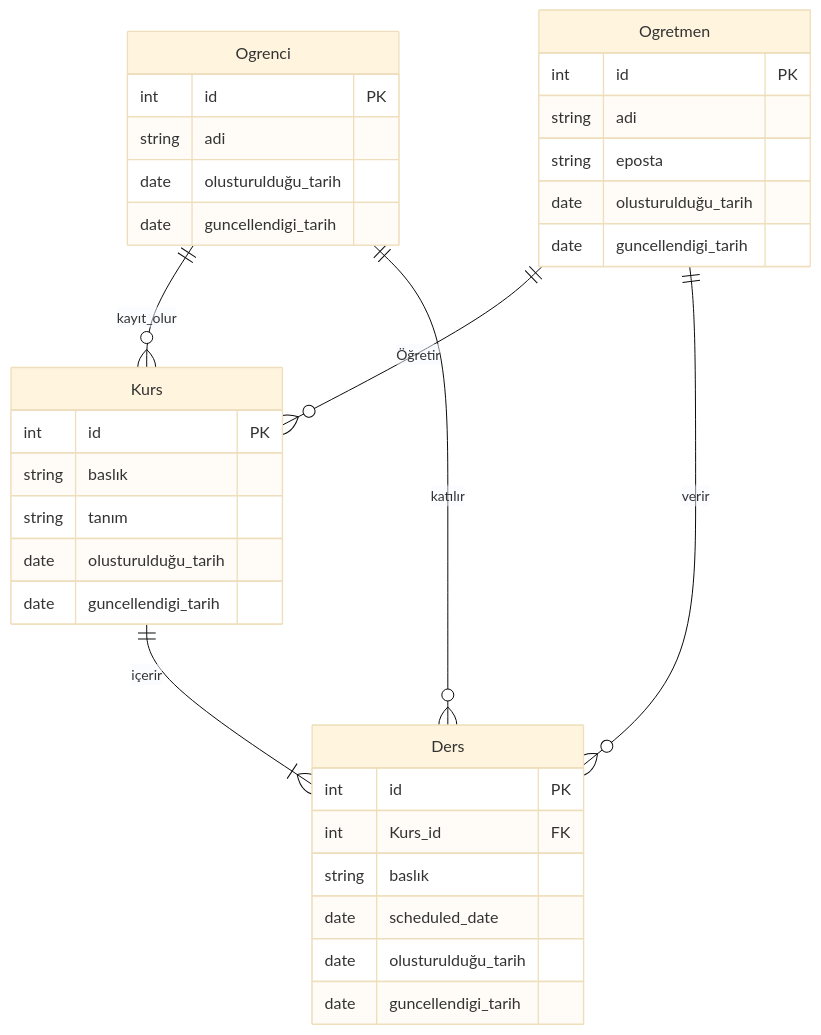
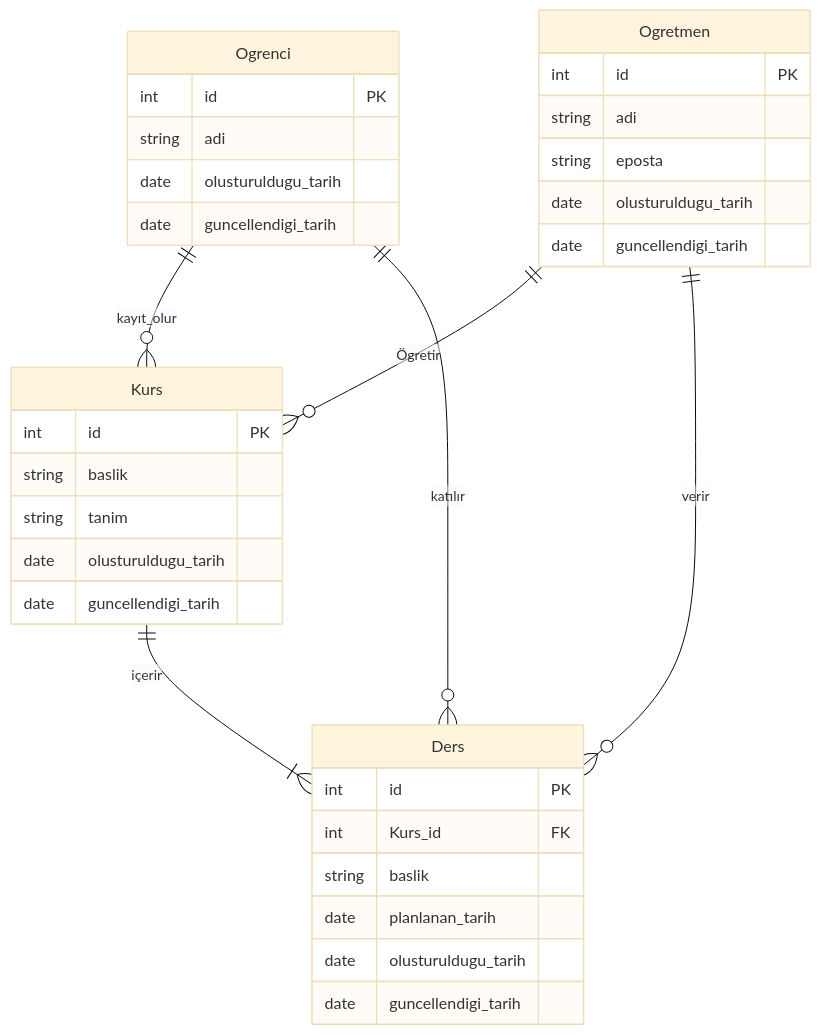
One commit to ati-ozgur/course-database changed the diagram in course-contents/er-model-mermaid-full-example-tr.qmd. Above: the diagram before and after it, drawn with Mermaid (base theme). The commit also changed other lines of this file, not shown here.

Commit message:
er diagram kod düzeltme

````diff
--- a/course-contents/er-model-mermaid-full-example-tr.qmd
+++ b/course-contents/er-model-mermaid-full-example-tr.qmd
@@ -3,40 +3,40 @@
 ```{mermaid}
 %%| echo: true
 
 erDiagram
-    Ogrenci ||--o{ Kurs : kayıt_olur
-    Kurs ||--|{ Ders : içerir
-    Ogretmen ||--o{ Kurs : Öğretir
+    Ogrenci ||--o{ Kurs : "kayıt_olur"
+    Kurs ||--|{ Ders : "içerir"
+    Ogretmen ||--o{ Kurs : "Ögretir"
     Ogretmen ||--o{ Ders : verir
-    Ogrenci ||--o{ Ders : katılır
+    Ogrenci ||--o{ Ders : "katılır"
 
 
     Ogrenci {
         int id PK
         string adi
-        date olusturulduğu_tarih
+        date olusturuldugu_tarih
         date guncellendigi_tarih
     }
     Kurs {
         int id PK
-        string baslık
-        string tanım
-        date olusturulduğu_tarih
+        string baslik
+        string tanim
+        date olusturuldugu_tarih
         date guncellendigi_tarih
     }
     Ders {
         int id PK
         int Kurs_id FK
-        string baslık
-        date scheduled_date
-        date olusturulduğu_tarih
+        string baslik
+        date planlanan_tarih
+        date olusturuldugu_tarih
         date guncellendigi_tarih
     }
     Ogretmen {
         int id PK
         string adi
         string eposta
-        date olusturulduğu_tarih
+        date olusturuldugu_tarih
         date guncellendigi_tarih
     }
 ```
````
